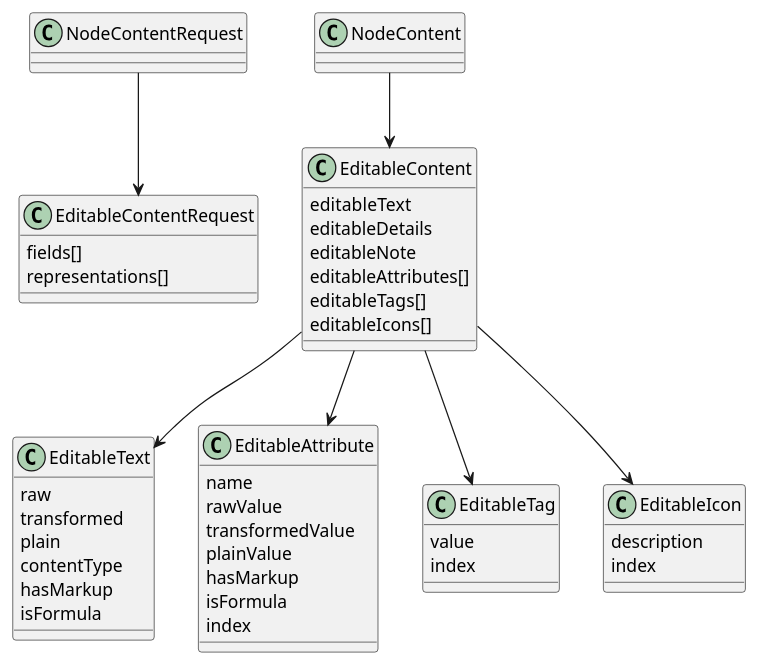
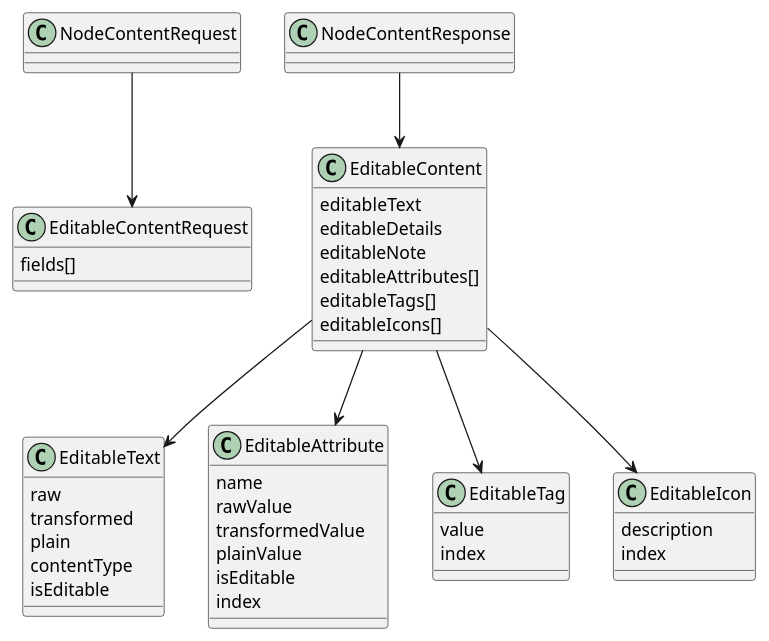
Before and after one commit to guoranjun2/nexordia: the diagram in freeplane_plugin_ai/specs/tasks/in-progress/add-node-content-edit-tool.md, drawn with PlantUML. The commit also changed other lines of this file and 47 other files, not shown here.

Commit message:
Rename read output to unformatted text and simplify editable content metadata

````diff
--- a/freeplane_plugin_ai/specs/tasks/in-progress/add-node-content-edit-tool.md
+++ b/freeplane_plugin_ai/specs/tasks/in-progress/add-node-content-edit-tool.md
@@ -40,48 +40,45 @@
 ```plantuml
 @startuml
 class EditableContentRequest {
   fields[]
-  representations[]
 }
 class EditableContent {
   editableText
   editableDetails
   editableNote
   editableAttributes[]
   editableTags[]
   editableIcons[]
 }
 class EditableText {
   raw
   transformed
   plain
   contentType
-  hasMarkup
-  isFormula
+  isEditable
 }
 class EditableAttribute {
   name
   rawValue
   transformedValue
   plainValue
-  hasMarkup
-  isFormula
+  isEditable
   index
 }
 class EditableTag {
   value
   index
 }
 class EditableIcon {
   description
   index
 }
 
 NodeContentRequest --> EditableContentRequest
-NodeContent --> EditableContent
+NodeContentResponse --> EditableContent
 EditableContent --> EditableText
 EditableContent --> EditableAttribute
 EditableContent --> EditableTag
 EditableContent --> EditableIcon
 @enduml
 ```
````
